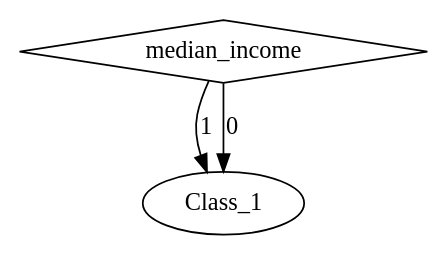
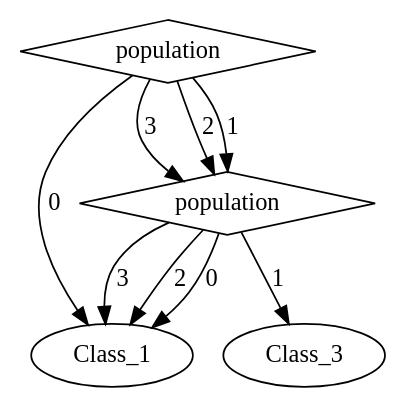
Before and after one commit to torfah/synplicate: the diagram in examples/california_census_simplified/program/program6.dot, drawn with Graphviz. The commit also changed 69 other files, not shown here.

```diff
--- a/examples/california_census_simplified/program/program6.dot
+++ b/examples/california_census_simplified/program/program6.dot
@@ -1,8 +1,18 @@
 digraph {
 node [label=Class_1,style=""] Class_1
 node [label=Class_1,style=""] Class_1
-node [label=median_income,shape="diamond",style=""] 0
+node [label=Class_3,style=""] Class_3
+node [label=Class_1,style=""] Class_1
+node [label=Class_1,style=""] Class_1
+node [label=population,shape="diamond",style=""] 1
+node [label=population,shape="diamond",style=""] 0
 
-0 -> Class_1 [label="1"]
+1 -> Class_1 [label="3"]
+1 -> Class_1 [label="2"]
+1 -> Class_3 [label="1"]
+1 -> Class_1 [label="0"]
+0 -> 1 [label="3"]
+0 -> 1 [label="2"]
+0 -> 1 [label="1"]
 0 -> Class_1 [label="0"]
 }
```
